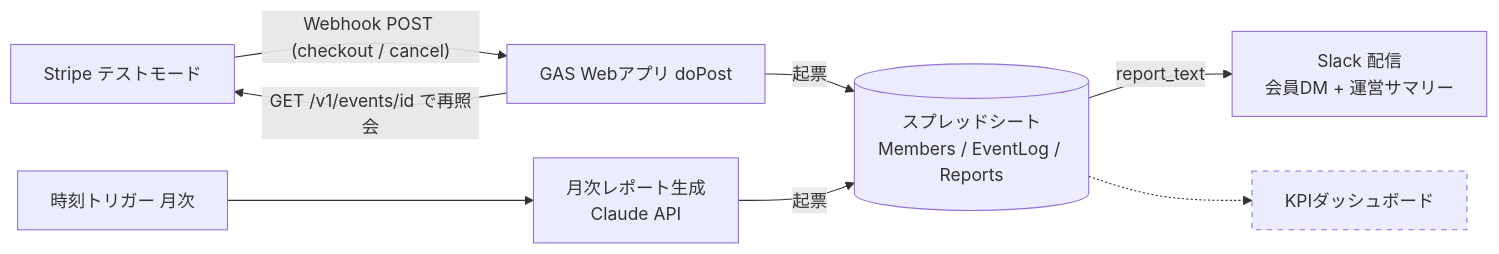
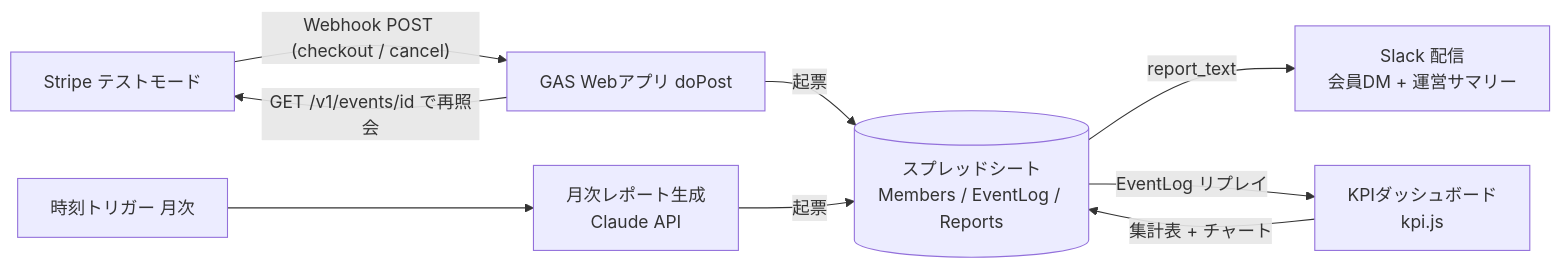
The diagram in README.md (aomizuki0307/gas-membership-kit), drawn with Mermaid before and after one commit. The commit also changed other lines of this file and 4 other files, not shown here.

Commit message:
docs: feature 4 test evidence + README section (EventLog replay, churn definition, idempotent rebuild)

````diff
--- a/README.md
+++ b/README.md
@@ -23,11 +23,11 @@
 ```mermaid
 graph LR
     Stripe[Stripe テストモード] -- "Webhook POST (checkout / cancel)" --> GAS[GAS Webアプリ doPost]
     GAS -- "GET /v1/events/id で再照会" --> Stripe
     GAS -- 起票 --> Sheet[(スプレッドシート<br>Members / EventLog / Reports)]
     Trigger[時刻トリガー 月次] --> Report[月次レポート生成<br>Claude API]
     Report -- 起票 --> Sheet
     Sheet -- report_text --> Slack[Slack 配信<br>会員DM + 運営サマリー]
-    Sheet -.-> KPI[KPIダッシュボード]
-    style KPI stroke-dasharray: 5 5
+    Sheet -- EventLog リプレイ --> KPI[KPIダッシュボード<br>kpi.js]
+    KPI -- 集計表 + チャート --> Sheet
 ```
````
